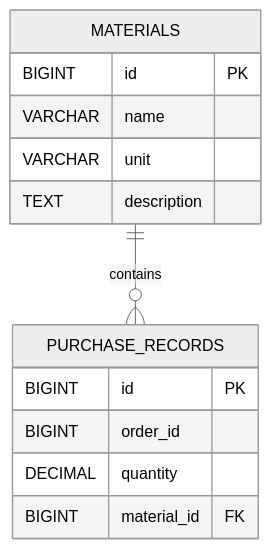
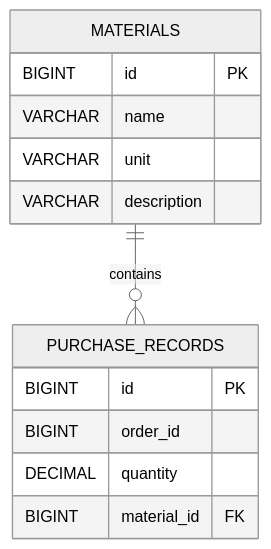
One commit to KaterynaUmanska/Block2_Kateryna_Umanska changed the diagram in docs/database-schema.md. Above: the diagram before and after it, drawn with Mermaid (neutral theme). The commit also changed other lines of this file and 3 other files, not shown here.

````diff
--- a/docs/database-schema.md
+++ b/docs/database-schema.md
@@ -9,18 +9,18 @@
 ```mermaid
 erDiagram
     MATERIALS ||--o{ PURCHASE_RECORDS : contains
 
     MATERIALS {
         BIGINT id PK
         VARCHAR name
         VARCHAR unit
-        TEXT description
+        VARCHAR description
     }
 
     PURCHASE_RECORDS {
         BIGINT id PK
         BIGINT order_id
         DECIMAL quantity
         BIGINT material_id FK
     }
 ```
````
